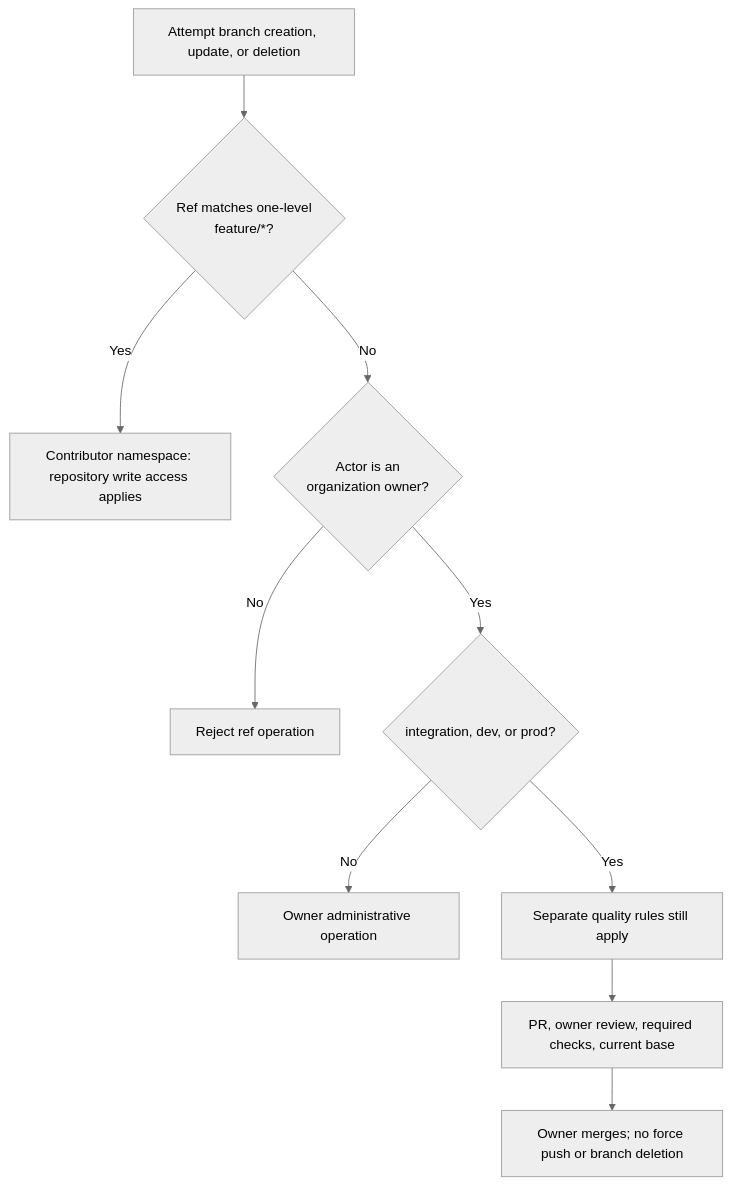
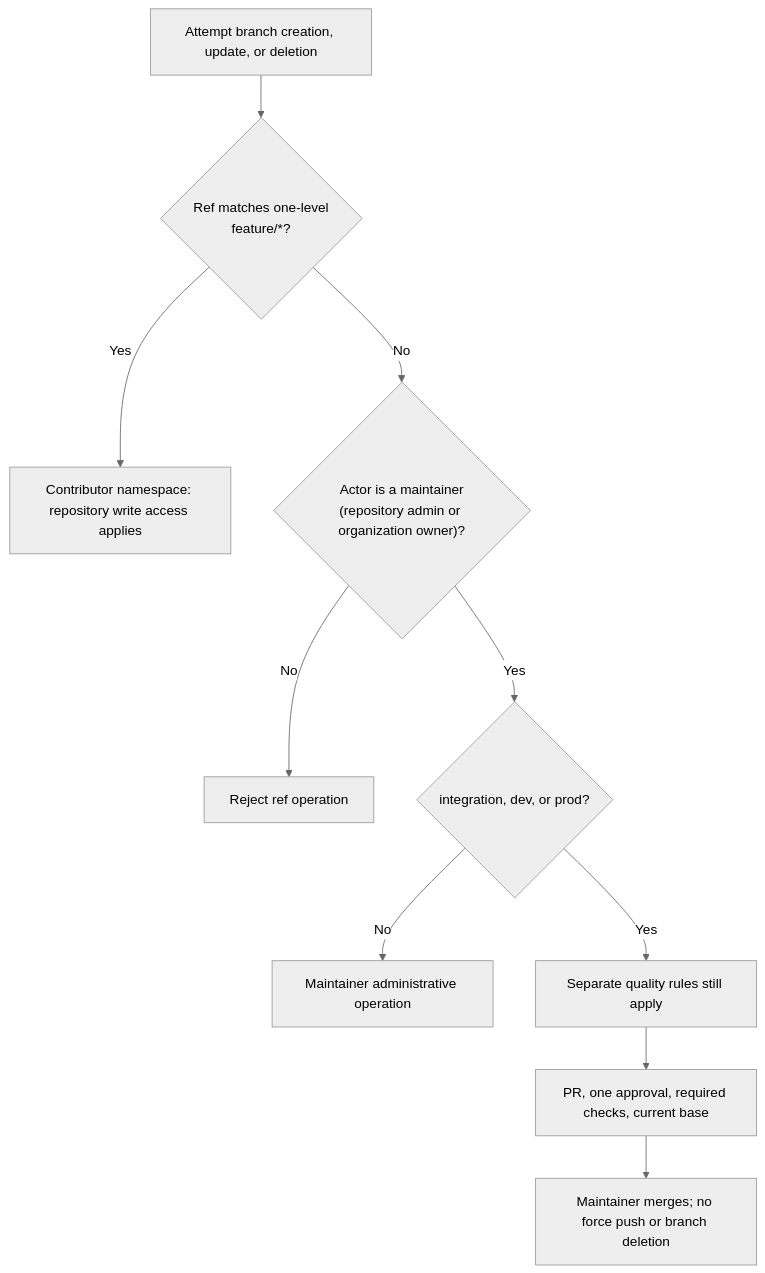
The second of 16 diagrams in docs/CI_CD.md (Yale-Undergraduate-Consulting-Group/club-res-website), drawn with Mermaid (neutral theme) before and after one commit. The commit also changed other lines of this file and 12 other files, not shown here.

Commit message:
Use maintainer role instead of a named owner for review

````diff
--- a/docs/CI_CD.md
+++ b/docs/CI_CD.md
@@ -58,12 +62,12 @@
 ```mermaid
 flowchart TD
   A["Attempt branch creation, update, or deletion"] --> N{"Ref matches one-level<br/>feature/*?"}
   N -->|Yes| C["Contributor namespace: repository write access applies"]
-  N -->|No| O{"Actor is an<br/>organization owner?"}
+  N -->|No| O{"Actor is a maintainer<br/>(repository admin or organization owner)?"}
   O -->|No| X["Reject ref operation"]
   O -->|Yes| S{"integration, dev, or prod?"}
-  S -->|No| ADMIN["Owner administrative operation"]
+  S -->|No| ADMIN["Maintainer administrative operation"]
   S -->|Yes| Q["Separate quality rules still apply"]
-  Q --> R["PR, owner review, required checks, current base"]
-  R --> M["Owner merges; no force push or branch deletion"]
+  Q --> R["PR, one approval, required checks, current base"]
+  R --> M["Maintainer merges; no force push or branch deletion"]
 ```
````
